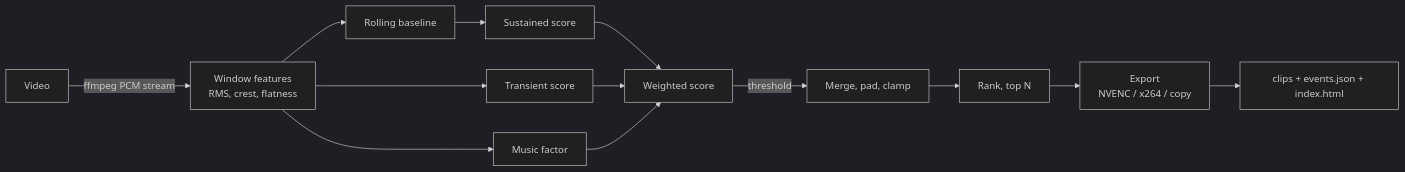
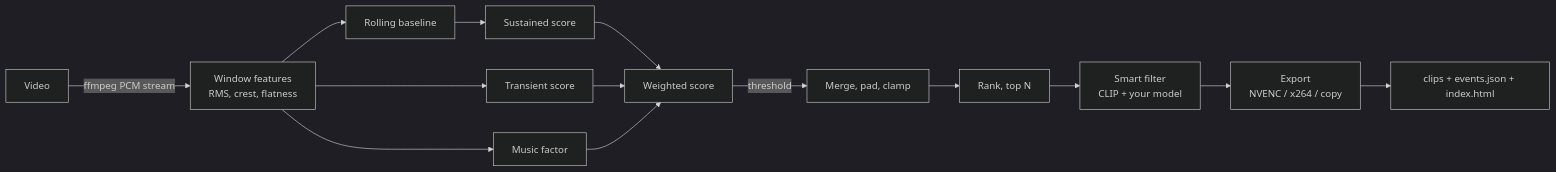
One commit to sauravss98/Clip-It changed the diagram in README.md. Above: the diagram before and after it, drawn with Mermaid (dark theme). The commit also changed other lines of this file and 8 other files, not shown here.

````diff
--- a/README.md
+++ b/README.md
@@ -148,13 +182,14 @@
 ```mermaid
 flowchart LR
     V[Video] -->|ffmpeg PCM stream| F[Window features<br/>RMS, crest, flatness]
     F --> B[Rolling baseline]
     B --> S[Sustained score]
     F --> T[Transient score]
     F --> M[Music factor]
     S & T & M --> C[Weighted score]
     C -->|threshold| E[Merge, pad, clamp]
     E --> R[Rank, top N]
-    R --> X[Export<br/>NVENC / x264 / copy]
+    R --> VZ[Smart filter<br/>CLIP + your model]
+    VZ --> X[Export<br/>NVENC / x264 / copy]
     X --> O[clips + events.json + index.html]
 ```
````
